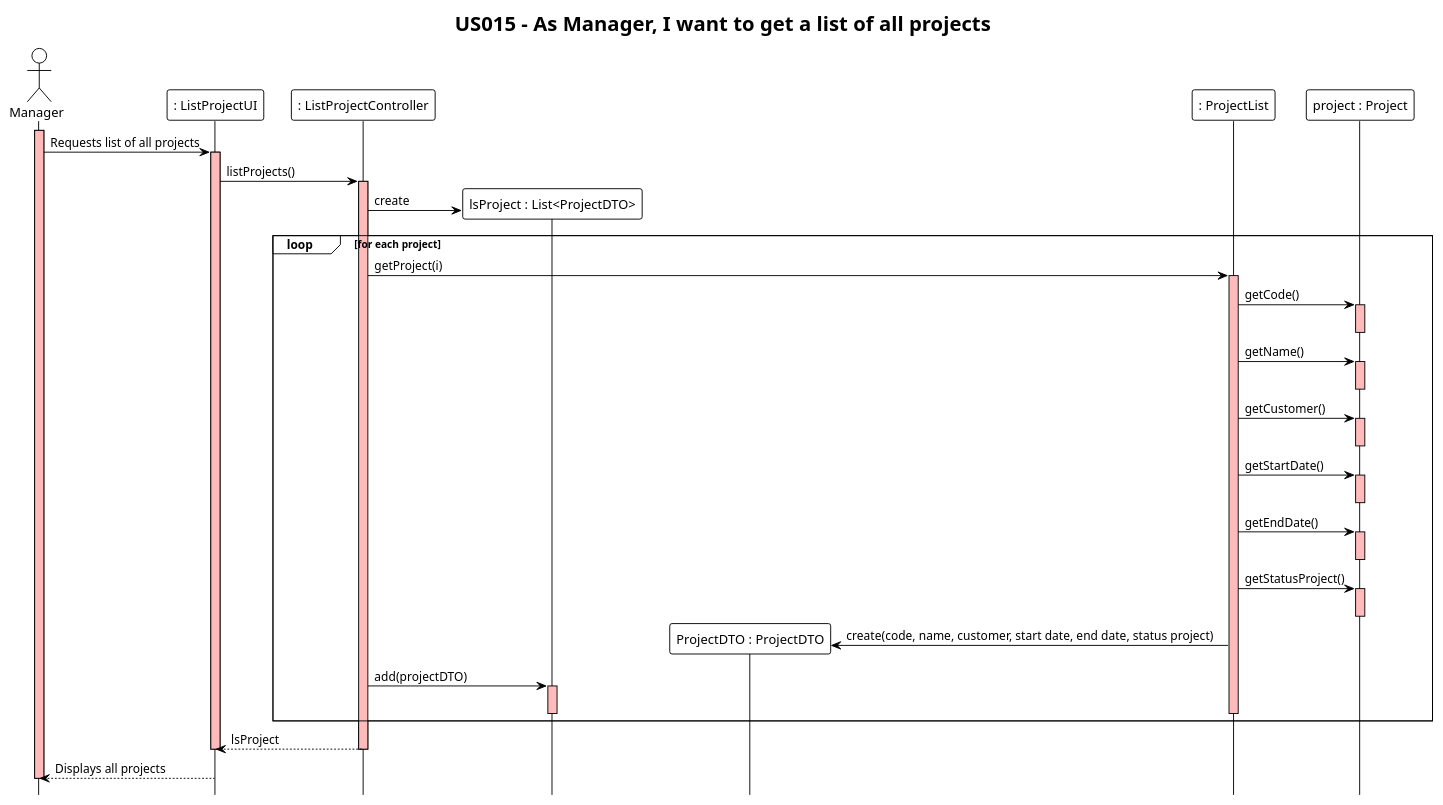
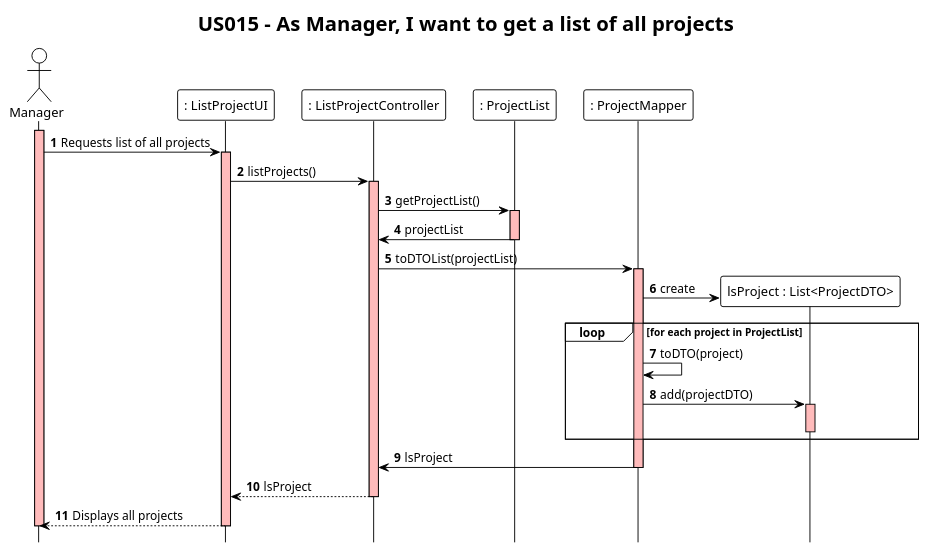
The diagram in docs/modelling_design/user_stories/us015/US015_ListAllProjectsSD.puml (ivo-menezes/project_g3), drawn with PlantUML before and after one commit.

Commit message:
US015:Design:Update SD (addresses #3)

```diff
--- a/docs/modelling_design/user_stories/us015/US015_ListAllProjectsSD.puml
+++ b/docs/modelling_design/user_stories/us015/US015_ListAllProjectsSD.puml
@@ -1,60 +1,48 @@
 @startuml
 !theme plain
+autonumber
 hide footbox
 title "US015 - As Manager, I want to get a list of all projects"
 
 actor Manager as Manager
 participant ": ListProjectUI" as UI
 participant ": ListProjectController" as Controller
+participant ": ProjectList" as ProjectList
+participant ": ProjectMapper" as Mapper
 participant "lsProject : List<ProjectDTO>" as DTOList
-participant "ProjectDTO : ProjectDTO" as DTO
-participant ": ProjectList" as ProjectList
-participant "project : Project" as project
-
 
 activate Manager #FFBBBB
-Manager ->  UI: Requests list of all projects
+Manager -> UI: Requests list of all projects
 
 activate UI #FFBBBB
 UI -> Controller: listProjects()
 
 activate Controller #FFBBBB
-Controller -> DTOList ** : create
+Controller -> ProjectList : getProjectList()
+activate ProjectList #FFBBBB
 
-loop for each project
-Controller -> ProjectList : getProject(i)
-activate ProjectList #FFBBBB
-ProjectList -> project : getCode()
-activate project #FFBBBB
-deactivate project
-ProjectList -> project : getName()
-activate project #FFBBBB
-deactivate project
-ProjectList -> project : getCustomer()
-activate project #FFBBBB
-deactivate project
-ProjectList -> project : getStartDate()
-activate project #FFBBBB
-deactivate project
-ProjectList -> project : getEndDate()
-activate project #FFBBBB
-deactivate project
-ProjectList -> project : getStatusProject()
-activate project #FFBBBB
-deactivate project
+ProjectList -> Controller : projectList
+deactivate ProjectList
 
-ProjectList -> DTO ** : create(code, name, customer, start date, end date, status project)
+Controller -> Mapper : toDTOList(projectList)
+activate Mapper #FFBBBB
 
-Controller -> DTOList : add(projectDTO)
+Mapper -> DTOList ** : create
+
+loop for each project in ProjectList
+Mapper -> Mapper : toDTO(project)
+Mapper -> DTOList : add(projectDTO)
 activate DTOList #FFBBBB
 deactivate DTOList
-deactivate ProjectList
 end
+
+Mapper -> Controller : lsProject
+deactivate Mapper
 
 Controller --> UI : lsProject
 deactivate Controller
-deactivate UI
 
 UI --> Manager: Displays all projects
+deactivate UI
 deactivate Manager #FFBBBB
 @enduml
```
